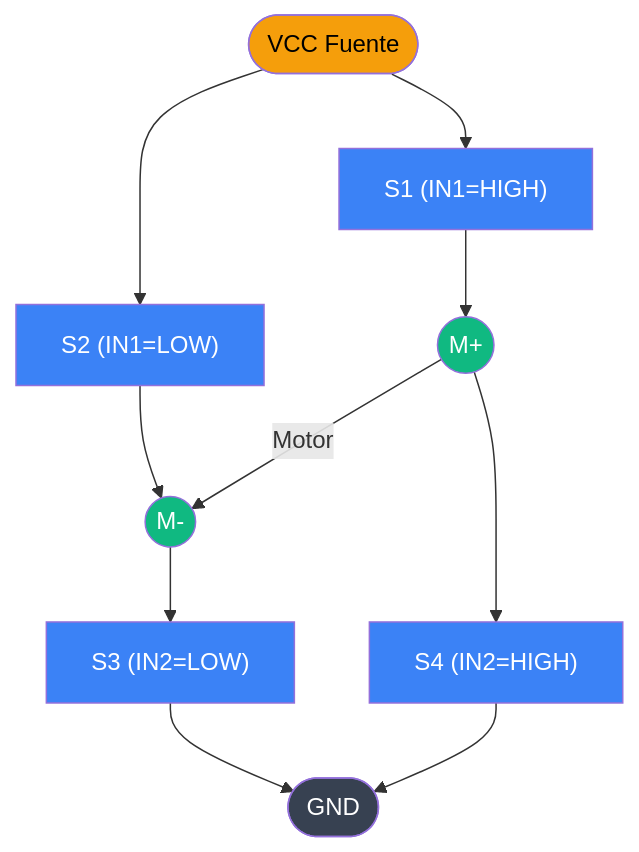
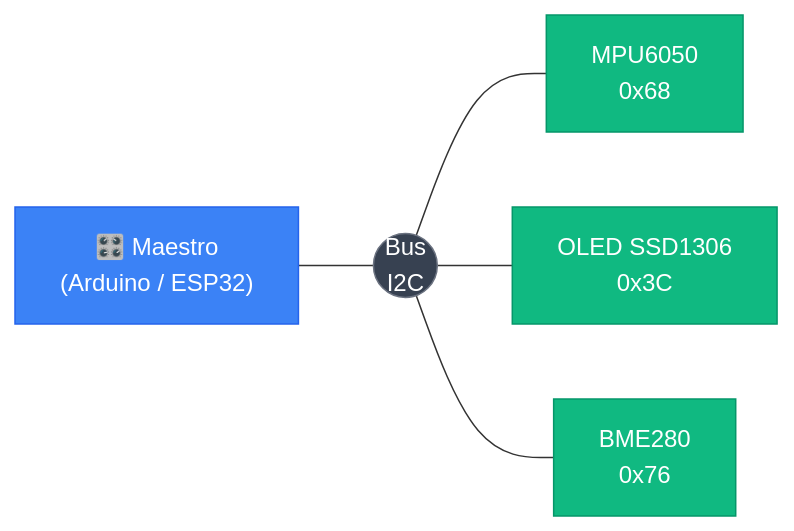
The diagram in slides.md (PepeEdwards/clases-iot), drawn with Mermaid before and after one commit. The commit also changed other lines of this file, not shown here.

First line of the commit message:
Add power supply slides (3.1–3.3) to Clase 5

````diff
--- a/slides.md
+++ b/slides.md
@@ -626,28 +331,15 @@
-```mermaid {scale: 0.72}
-graph TD
-    VCC([VCC Fuente]):::power
-    GND([GND]):::gnd
+```mermaid {scale: 0.65}
+graph LR
+    M["🎛️ Maestro\n(Arduino / ESP32)"] --- BUS(("Bus\nI2C"))
+    BUS --- S1["MPU6050\n0x68"]
+    BUS --- S2["OLED SSD1306\n0x3C"]
+    BUS --- S3["BME280\n0x76"]
 
-    S1["S1 (IN1=HIGH)"]:::sw
-    S2["S2 (IN1=LOW)"]:::sw
-    S3["S3 (IN2=LOW)"]:::sw
-    S4["S4 (IN2=HIGH)"]:::sw
+    classDef master fill:#3b82f6,color:#fff,stroke:#2563eb
+    classDef slave fill:#10b981,color:#fff,stroke:#059669
+    classDef bus fill:#374151,color:#fff,stroke:#6b7280
 
-    MP((M+)):::motor
-    MN((M-)):::motor
-
-    VCC --> S1
-    VCC --> S2
-    S1 --> MP
-    S2 --> MN
-    MP -->|Motor| MN
-    MN --> S3
-    MP --> S4
-    S3 --> GND
-    S4 --> GND
-
-    classDef power fill:#f59e0b,color:#000
-    classDef gnd fill:#374151,color:#fff
-    classDef sw fill:#3b82f6,color:#fff
-    classDef motor fill:#10b981,color:#fff
+    class M master
+    class S1,S2,S3 slave
+    class BUS bus
 ```
````
